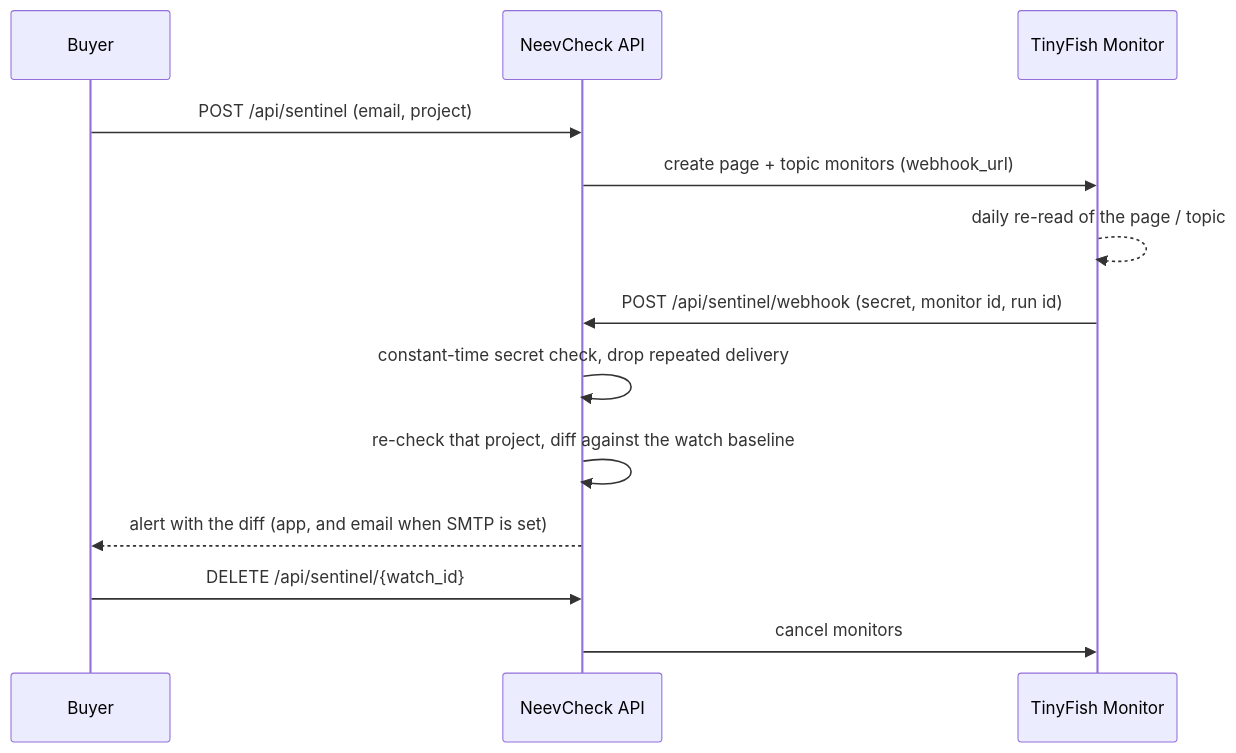
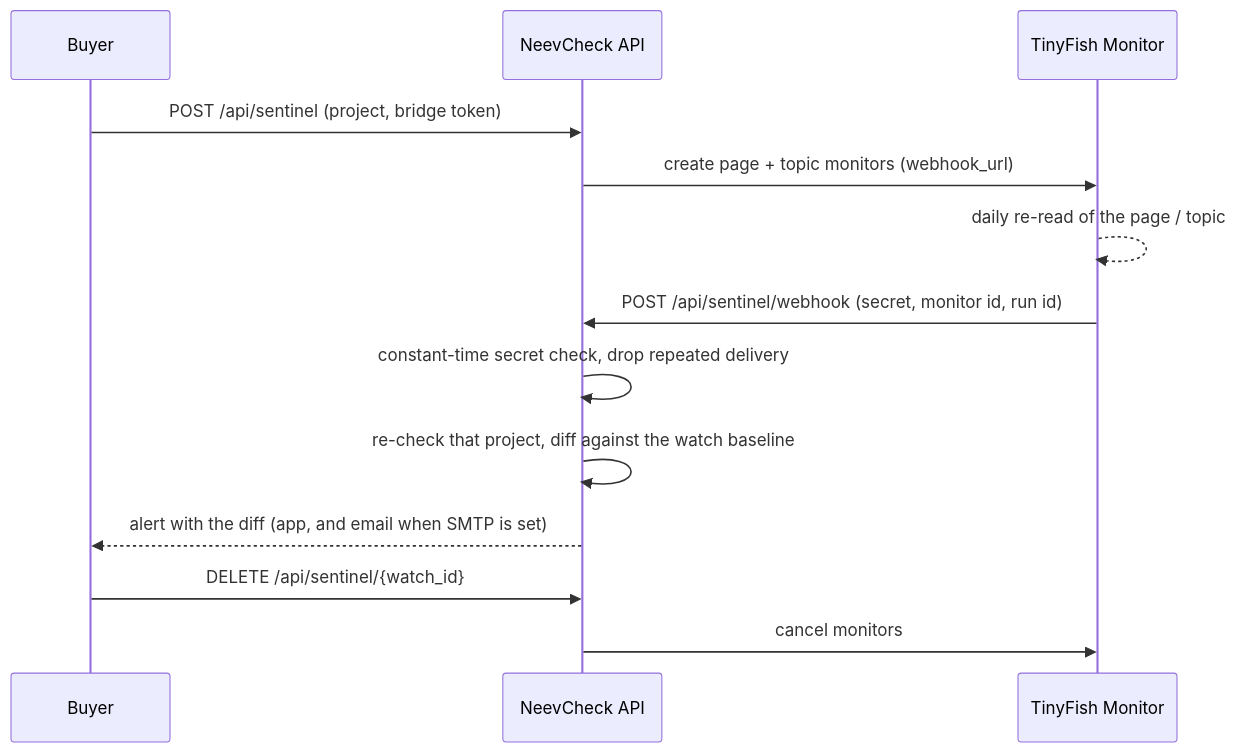
The third of 4 diagrams in docs/architecture.md (Nitinmittal373/HACKATHON_IIIT-DELHI_2026), drawn with Mermaid before and after one commit. The commit also changed other lines of this file and 31 other files, not shown here.

````diff
--- a/docs/architecture.md
+++ b/docs/architecture.md
@@ -265,15 +265,15 @@
 ```mermaid
 sequenceDiagram
     participant U as Buyer
     participant API as NeevCheck API
     participant M as TinyFish Monitor
-    U->>API: POST /api/sentinel (email, project)
+    U->>API: POST /api/sentinel (project, bridge token)
     API->>M: create page + topic monitors (webhook_url)
     M-->>M: daily re-read of the page / topic
     M->>API: POST /api/sentinel/webhook (secret, monitor id, run id)
     API->>API: constant-time secret check, drop repeated delivery
     API->>API: re-check that project, diff against the watch baseline
     API-->>U: alert with the diff (app, and email when SMTP is set)
     U->>API: DELETE /api/sentinel/{watch_id}
     API->>M: cancel monitors
 ```
````
